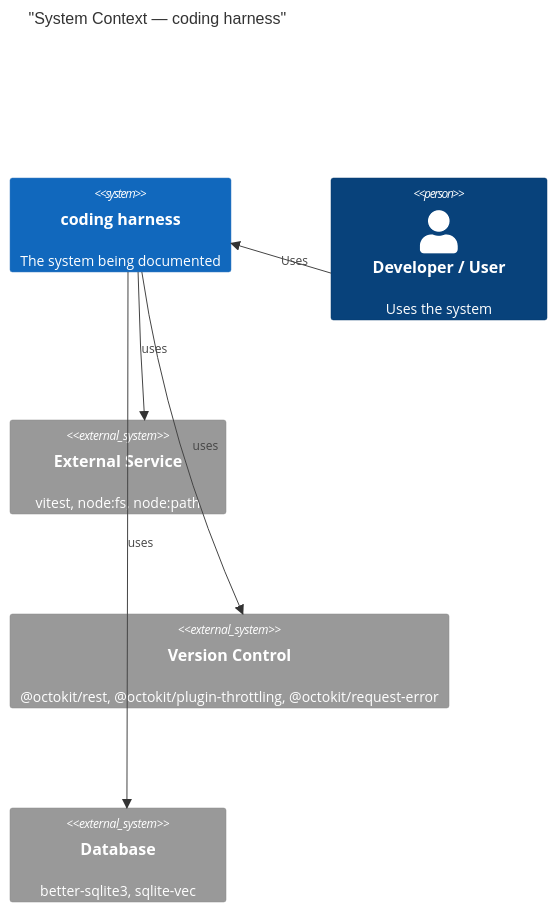
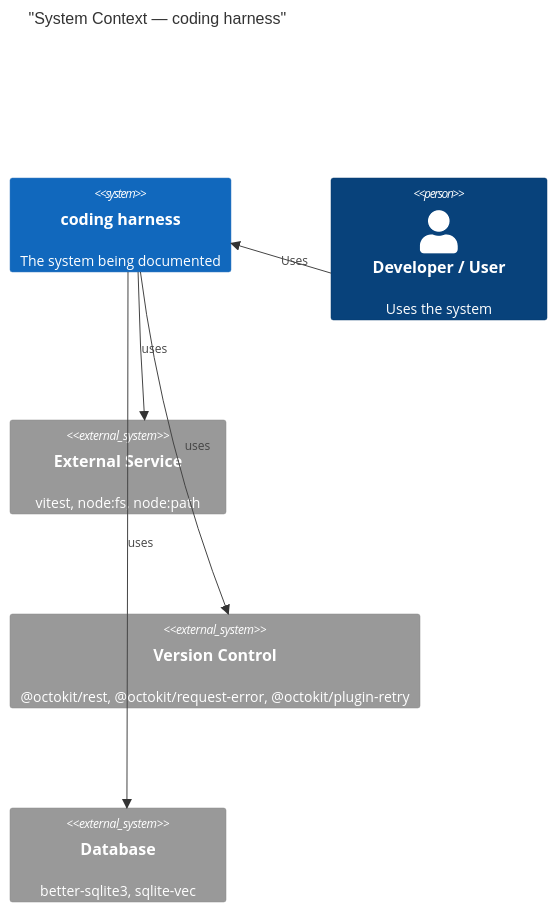
One commit to jscraik/coding-harness changed the fourth of 14 diagrams in AI/context/diagram-context.md. Above: the diagram before and after it, drawn with Mermaid. The commit also changed other lines of this file and 1 other file, not shown here.

First line of the commit message:
fix(diagrams): stabilize context freshness

````diff
--- a/AI/context/diagram-context.md
+++ b/AI/context/diagram-context.md
@@ -325,14 +325,14 @@
 ```mermaid
 C4Context
   title "System Context — coding harness"
   System(mainSystem, "coding harness", "The system being documented")
   Person(developer, "Developer / User", "Uses the system")
   Rel(developer, mainSystem, "Uses")
   System_Ext(ext_0, "External Service", "vitest, node:fs, node:path")
   Rel(mainSystem, ext_0, "uses")
-  System_Ext(ext_1, "Version Control", "@octokit/rest, @octokit/plugin-throttling, @octokit/request-error")
+  System_Ext(ext_1, "Version Control", "@octokit/rest, @octokit/request-error, @octokit/plugin-retry")
   Rel(mainSystem, ext_1, "uses")
   System_Ext(ext_2, "Database", "better-sqlite3, sqlite-vec")
   Rel(mainSystem, ext_2, "uses")
 
 ```
````
